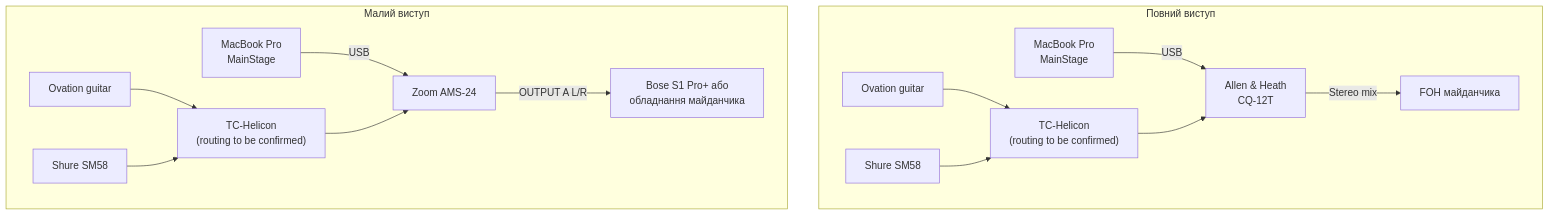
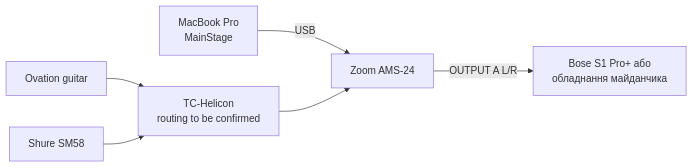
The second of 2 diagrams in docs/00-project-context.md (andmev/Concert), drawn with Mermaid before and after one commit. The commit also changed other lines of this file and 4 other files, not shown here.

Commit message:
fixed diagrams

````diff
--- a/docs/00-project-context.md
+++ b/docs/00-project-context.md
@@ -37,18 +52,8 @@
 ```mermaid
-flowchart TB
-    subgraph Full["Повний виступ"]
-        Mac1["MacBook Pro<br/>MainStage"] -->|"USB"| CQ["Allen & Heath<br/>CQ-12T"]
-        Guitar1["Ovation guitar"] --> TC1["TC-Helicon<br/>(routing to be confirmed)"]
-        Mic1["Shure SM58"] --> TC1
-        TC1 --> CQ
-        CQ -->|"Stereo mix"| FOH["FOH майданчика"]
-    end
-
-    subgraph Small["Малий виступ"]
-        Mac2["MacBook Pro<br/>MainStage"] -->|"USB"| Zoom["Zoom AMS-24"]
-        Guitar2["Ovation guitar"] --> TC2["TC-Helicon<br/>(routing to be confirmed)"]
-        Mic2["Shure SM58"] --> TC2
-        TC2 --> Zoom
-        Zoom -->|"OUTPUT A L/R"| Venue["Bose S1 Pro+ або<br/>обладнання майданчика"]
-    end
+flowchart LR
+    Mac["MacBook Pro<br/>MainStage"] -->|"USB"| Zoom["Zoom AMS-24"]
+    Guitar["Ovation guitar"] --> TC["TC-Helicon<br/>routing to be confirmed"]
+    Mic["Shure SM58"] --> TC
+    TC --> Zoom
+    Zoom -->|"OUTPUT A L/R"| Venue["Bose S1 Pro+ або<br/>обладнання майданчика"]
 ```
````
